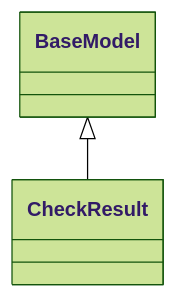
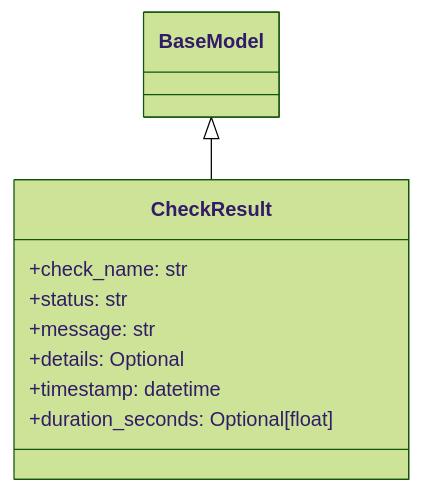
The first of 15 diagrams in design/autocode/api/models_items.md (Brunvelop/autocode), drawn with Mermaid (forest theme) before and after one commit. The commit also changed other lines of this file and 8 other files, not shown here.

````diff
--- a/design/autocode/api/models_items.md
+++ b/design/autocode/api/models_items.md
@@ -20,7 +20,13 @@
 ```mermaid
 classDiagram
     class CheckResult {
+        +check_name: str
+        +status: str
+        +message: str
+        +details: Optional
+        +timestamp: datetime
+        +duration_seconds: Optional[float]
     }
     BaseModel <|-- CheckResult
 
 ```
````
